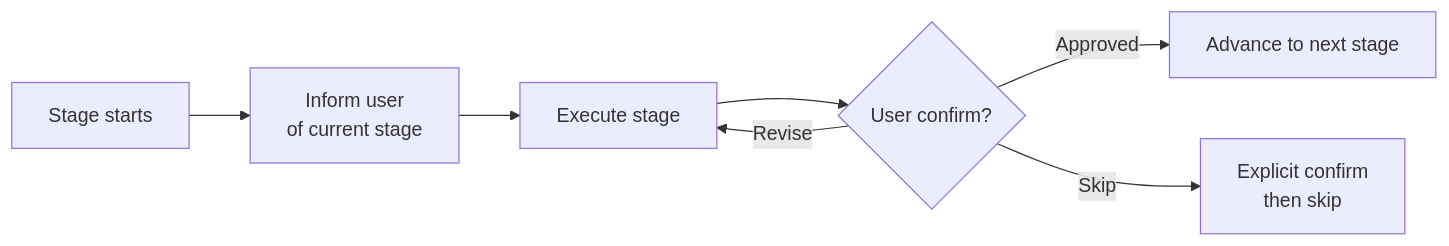
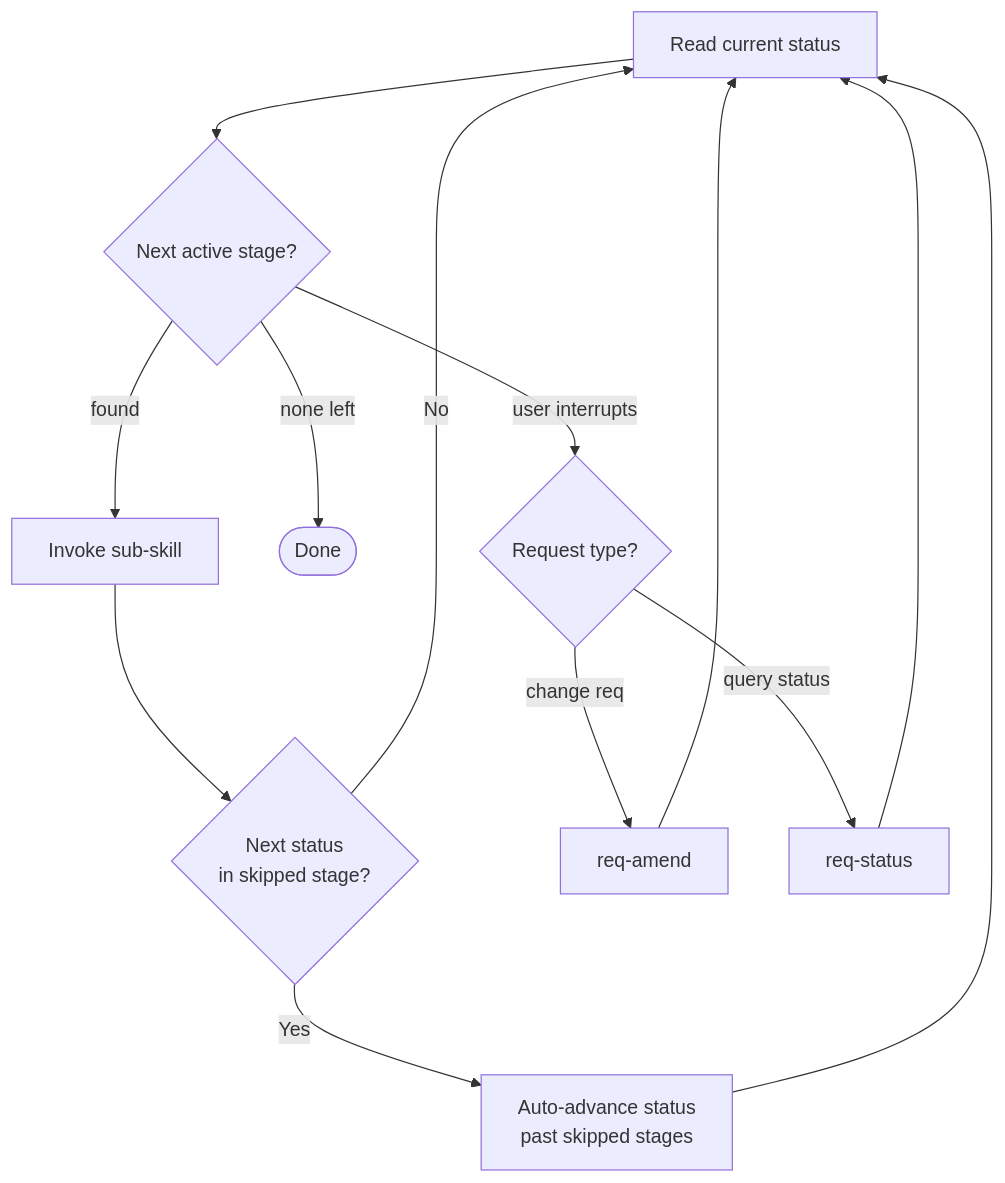
One commit to GOODDAYDAY/my-skills changed the fourth of 4 diagrams in req/SKILL.md. Above: the diagram before and after it, drawn with Mermaid. The commit also changed other lines of this file and 19 other files, not shown here.

````diff
--- a/req/SKILL.md
+++ b/req/SKILL.md
@@ -203,9 +184,15 @@
 ```mermaid
-flowchart LR
-    A[Stage starts] --> B[Inform user\nof current stage]
-    B --> C[Execute stage]
-    C --> D{User confirm?}
-    D -- Approved --> E[Advance to next stage]
-    D -- Skip --> F[Explicit confirm\nthen skip]
-    D -- Revise --> C
+flowchart TD
+    L[Read current status] --> R{Next active stage?}
+    R -- found --> S[Invoke sub-skill]
+    S --> SK{Next status\nin skipped stage?}
+    SK -- Yes --> AD[Auto-advance status\npast skipped stages]
+    SK -- No --> L
+    AD --> L
+    R -- none left --> E([Done])
+    R -- user interrupts --> INT{Request type?}
+    INT -- change req --> SA[req-amend]
+    INT -- query status --> SS[req-status]
+    SA --> L
+    SS --> L
 ```
````
